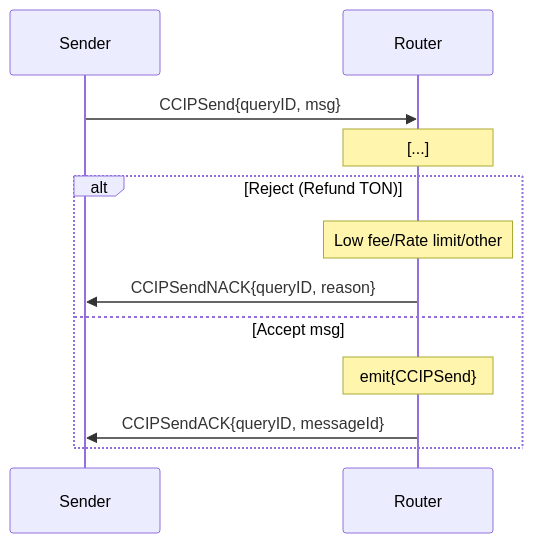
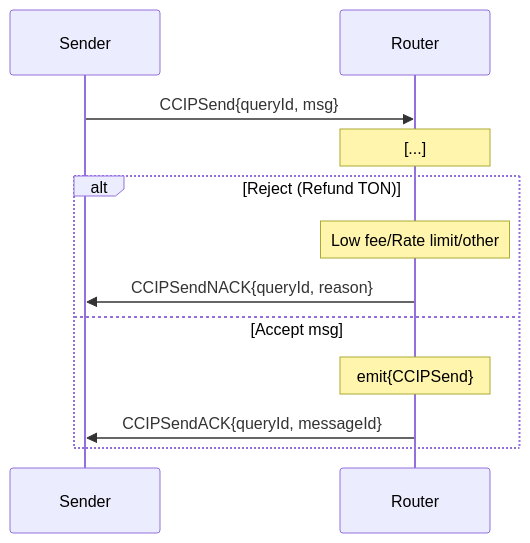
One commit to smartcontractkit/chainlink-ton changed the second of 3 diagrams in docs/contracts/overview/ccip/router/user-interface/sender.md. Above: the diagram before and after it, drawn with Mermaid. The commit also changed other lines of this file and 132 other files, not shown here.

````diff
--- a/docs/contracts/overview/ccip/router/user-interface/sender.md
+++ b/docs/contracts/overview/ccip/router/user-interface/sender.md
@@ -57,17 +57,17 @@
 ```mermaid
 sequenceDiagram
     participant U as Sender
     participant R as Router        
 
-    U ->> R: CCIPSend{queryID, msg}
+    U ->> R: CCIPSend{queryId, msg}
     
     Note over R: [...]
     alt Reject (Refund TON)
     Note over R: Low fee/Rate limit/other
-    R ->> U: CCIPSendNACK{queryID, reason}
+    R ->> U: CCIPSendNACK{queryId, reason}
   
     else Accept msg
     Note over R: emit{CCIPSend}
-    R ->> U: CCIPSendACK{queryID, messageId}
+    R ->> U: CCIPSendACK{queryId, messageId}
     end
 ```
````
